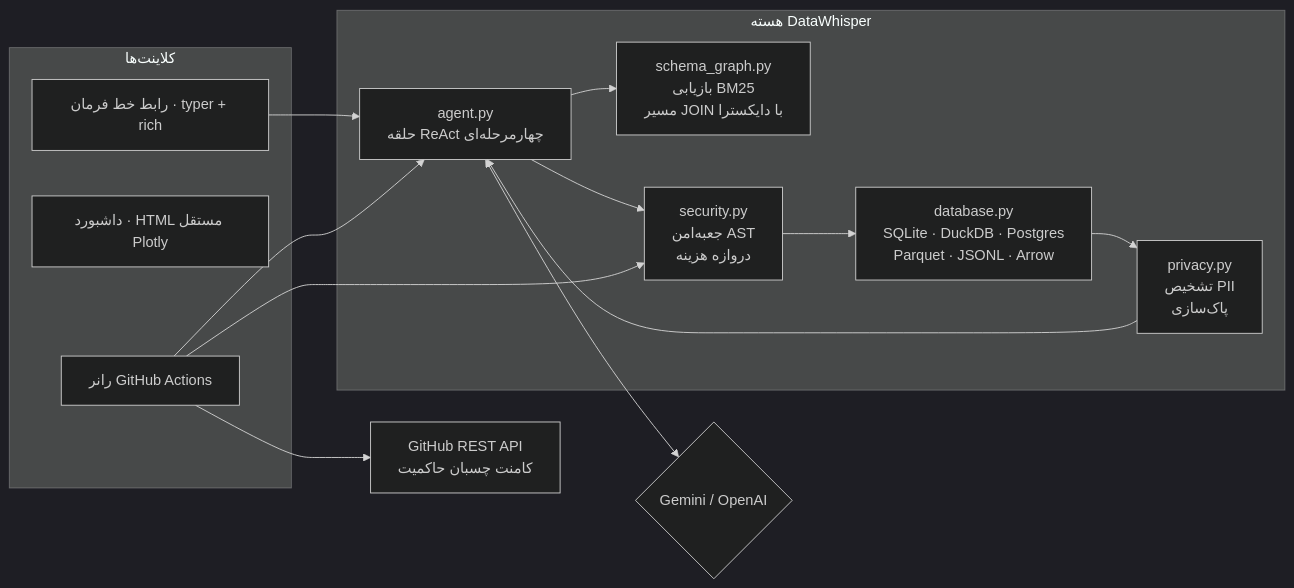
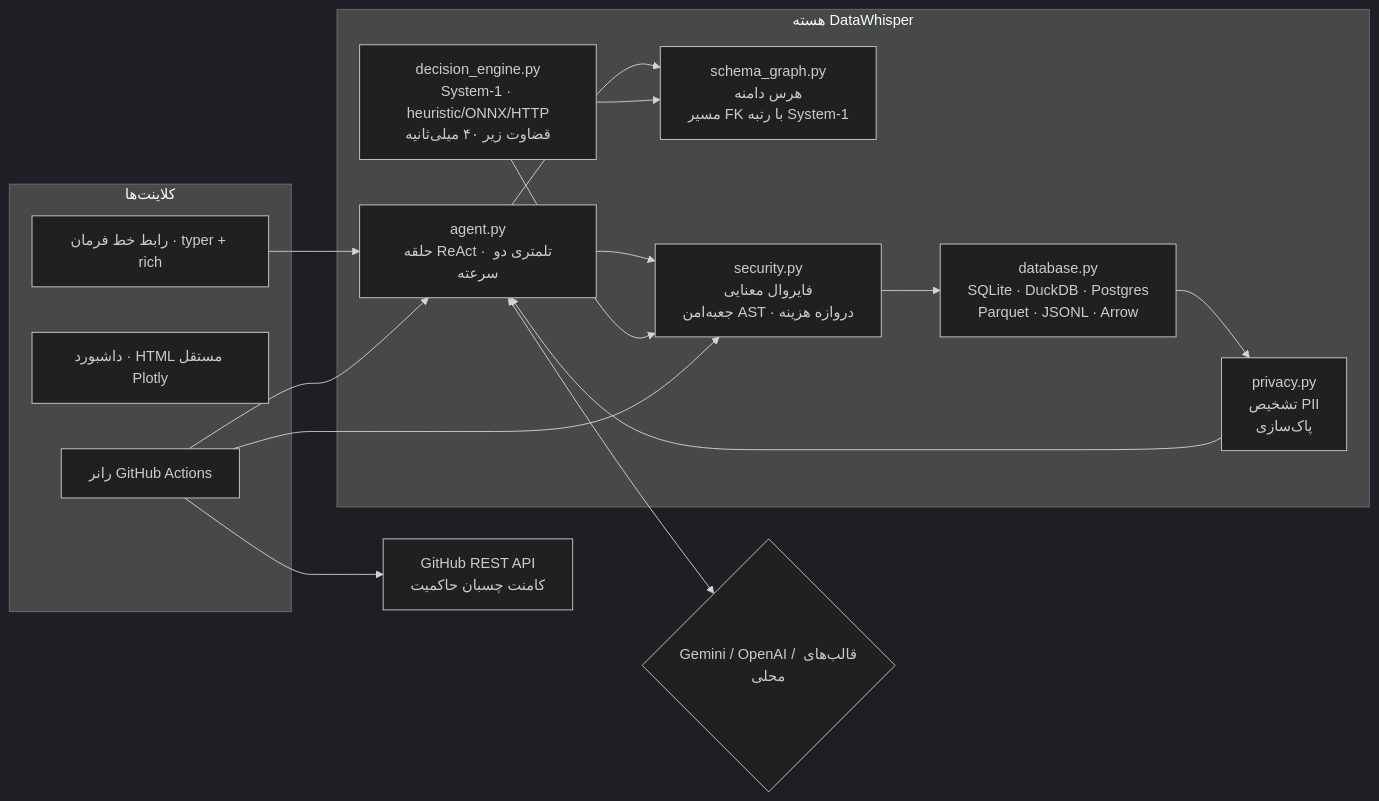
The second of 2 diagrams in README.md (Green-tero/datawhisper), drawn with Mermaid (dark theme) before and after one commit. The commit also changed other lines of this file, not shown here.

````diff
--- a/README.md
+++ b/README.md
@@ -330,30 +348,33 @@
 ```mermaid
 flowchart LR
     subgraph Clients["کلاینت‌ها"]
         CLI["رابط خط فرمان · typer + rich"]
         DASH["داشبورد · HTML مستقل Plotly"]
         GHA["رانر GitHub Actions"]
     end
 
     subgraph Core["هسته DataWhisper"]
-        GRAPH["schema_graph.py<br/>بازیابی BM25<br/>مسیر JOIN با دایکسترا"]
-        AGENT["agent.py<br/>حلقه ReAct چهارمرحله‌ای"]
-        SEC["security.py<br/>جعبه‌امن AST<br/>دروازه هزینه"]
+        DEC["decision_engine.py<br/>System-1 · heuristic/ONNX/HTTP<br/>قضاوت زیر ۴۰ میلی‌ثانیه"]
+        GRAPH["schema_graph.py<br/>هرس دامنه<br/>مسیر FK با رتبه System-1"]
+        AGENT["agent.py<br/>حلقه ReAct · تلمتری دو سرعته"]
+        SEC["security.py<br/>فایروال معنایی<br/>جعبه‌امن AST · دروازه هزینه"]
         PRIV["privacy.py<br/>تشخیص PII<br/>پاک‌سازی"]
         DB["database.py<br/>SQLite · DuckDB · Postgres<br/>Parquet · JSONL · Arrow"]
     end
 
-    LLM{"Gemini / OpenAI"}
+    LLM{"Gemini / OpenAI / قالب‌های محلی"}
     GH["GitHub REST API<br/>کامنت چسبان حاکمیت"]
 
     CLI --> AGENT
     GHA --> AGENT
     AGENT --> GRAPH
     AGENT --> SEC
+    DEC --> SEC
+    DEC --> GRAPH
     SEC --> DB
     DB --> PRIV
     PRIV --> AGENT
     AGENT <--> LLM
     GHA --> SEC
     GHA --> GH
 ```
````
